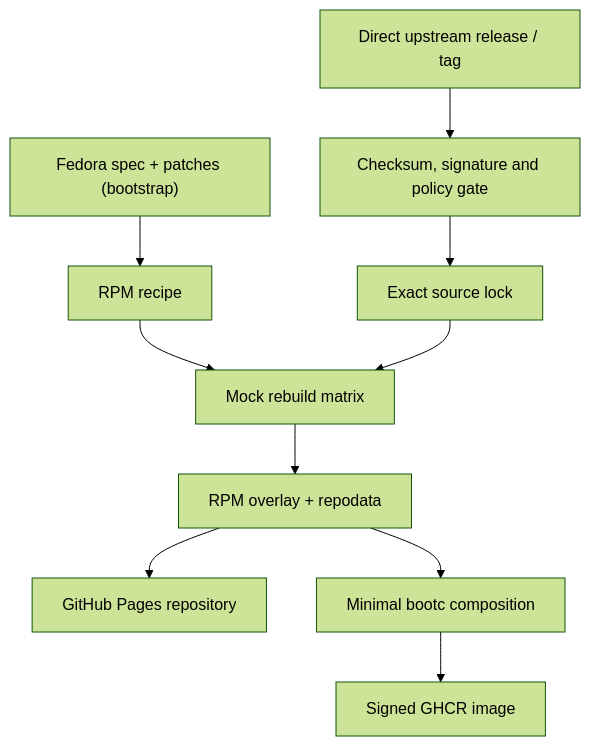
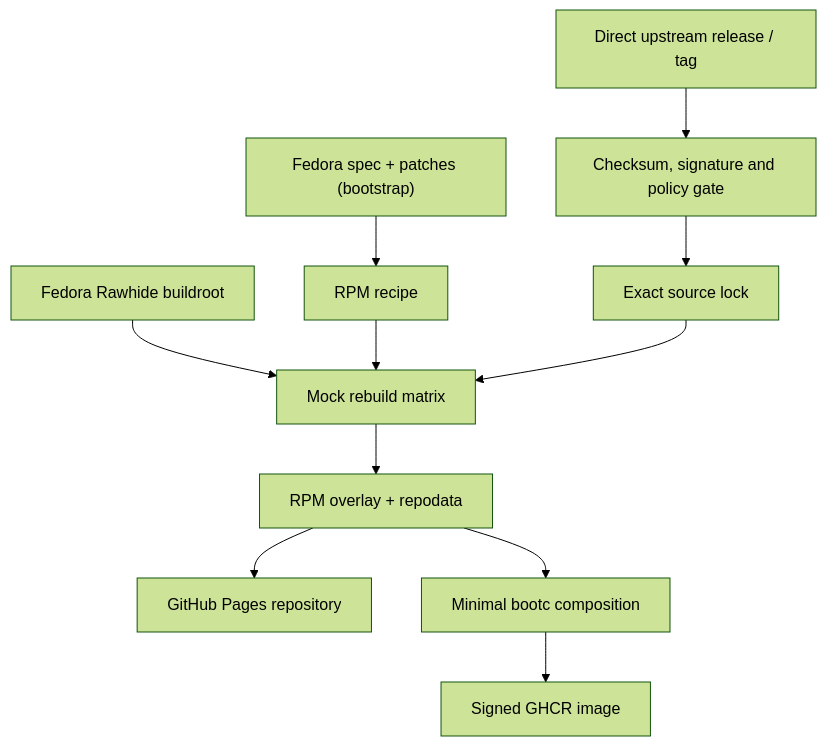
The diagram in docs/architecture.md (HuntedRaven7/utah-packages-1), drawn with Mermaid (forest theme) before and after one commit. The commit also changed other lines of this file, not shown here.

````diff
--- a/docs/architecture.md
+++ b/docs/architecture.md
@@ -3,12 +3,13 @@
 ```mermaid
 flowchart TD
   Fedora["Fedora spec + patches (bootstrap)"] --> Spec["RPM recipe"]
   Upstream["Direct upstream release / tag"] --> Verify["Checksum, signature and policy gate"]
   Verify --> Lock["Exact source lock"]
+  Rawhide["Fedora Rawhide buildroot"] --> Mock
   Spec --> Mock["Mock rebuild matrix"]
   Lock --> Mock
   Mock --> Repo["RPM overlay + repodata"]
   Repo --> Pages["GitHub Pages repository"]
   Repo --> Bootc["Minimal bootc composition"]
   Bootc --> GHCR["Signed GHCR image"]
 ```
````
